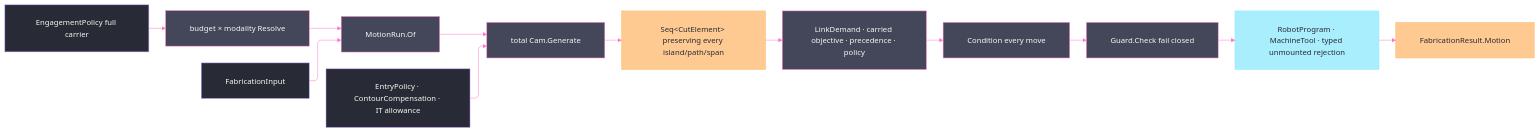
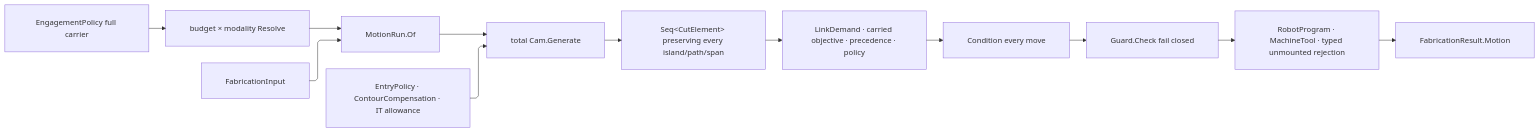
One commit to bsamiee/Rasm changed the diagram in libs/csharp/Rasm.Fabrication/.planning/Toolpath/motion.md. Above: the diagram before and after it, drawn with Mermaid. The commit also changed 324 other files, not shown here.

````diff
--- a/libs/csharp/Rasm.Fabrication/.planning/Toolpath/motion.md
+++ b/libs/csharp/Rasm.Fabrication/.planning/Toolpath/motion.md
@@ -1377,47 +1377,23 @@
 ```mermaid
 ---
 config:
-  theme: base
-  look: classic
   layout: elk
   flowchart:
     curve: linear
     padding: 25
-  themeVariables:
-    darkMode: true
-    fontFamily: "SF Mono, Menlo, Cascadia Mono, Segoe UI Mono, Consolas, monospace"
-    useGradient: false
-    dropShadow: "none"
-    background: "#282A36"
-    primaryColor: "#44475A"
-    primaryTextColor: "#F8F8F2"
-    primaryBorderColor: "#BD93F9"
-    lineColor: "#FF79C6"
-    textColor: "#F8F8F2"
-    edgeLabelBackground: "#21222C"
-    labelBackgroundColor: "#21222C"
-  themeCSS: ".nodeLabel{font-size:13px;font-weight:500}.edgeLabel{font-size:12px;font-weight:500}.cluster-label .nodeLabel{font-size:13.5px;font-weight:700;letter-spacing:.08em}.edge-thickness-normal{stroke-width:2px}.edge-thickness-thick{stroke-width:3px}.edge-pattern-dashed,.edge-pattern-dotted{stroke-width:1.5px;stroke-dasharray:4 6}.node rect,.node circle,.node polygon,.node path,.node .outer-path{stroke-width:1.5px;filter:none!important}.cluster rect{stroke-width:1px!important;stroke-dasharray:5 4!important;filter:none!important}.marker path{transform:scale(.8);transform-origin:5px 5px}.marker circle{transform:scale(.48);transform-origin:5px 5px}.edgeLabel rect{transform-box:fill-box;transform-origin:center;transform:scale(1.1,1.2)}"
 ---
 flowchart LR
   accTitle: Fabrication motion algebra
   accDescr: One engagement carrier resolves process physics, generates independently routable cutting elements, conditions every linked move, guards it fail closed, and lowers the result against admitted machine capability.
   Policy["EngagementPolicy full carrier"] --> Resolve["budget × modality Resolve"]
   Input["FabricationInput"] --> Run["MotionRun.Of"]
   Resolve --> Run
   Run --> Generate["total Cam.Generate"]
   Conditioning["EntryPolicy · ContourCompensation · IT allowance"] --> Generate
   Generate --> Elements["Seq&lt;CutElement&gt; preserving every island/path/span"]
   Elements --> Link["LinkDemand · carried objective · precedence · policy"]
   Link --> Workholding["Condition every move"]
   Workholding --> Guard["Guard.Check fail closed"]
   Guard --> Solve["RobotProgram · MachineTool · typed unmounted rejection"]
   Solve --> Motion["FabricationResult.Motion"]
-  classDef primary fill:#44475A,stroke:#FF79C6,color:#F8F8F2
-  classDef boundary fill:#282A36,stroke:#BD93F9,color:#F8F8F2
-  classDef external fill:#8BE9FDBF,stroke:#8BE9FD,color:#282A36
-  classDef data fill:#FFB86CBF,stroke:#FFB86C,color:#282A36
-  class Policy,Input,Conditioning boundary
-  class Resolve,Run,Generate,Link,Workholding,Guard primary
-  class Elements,Motion data
-  class Solve external
 ```
````
